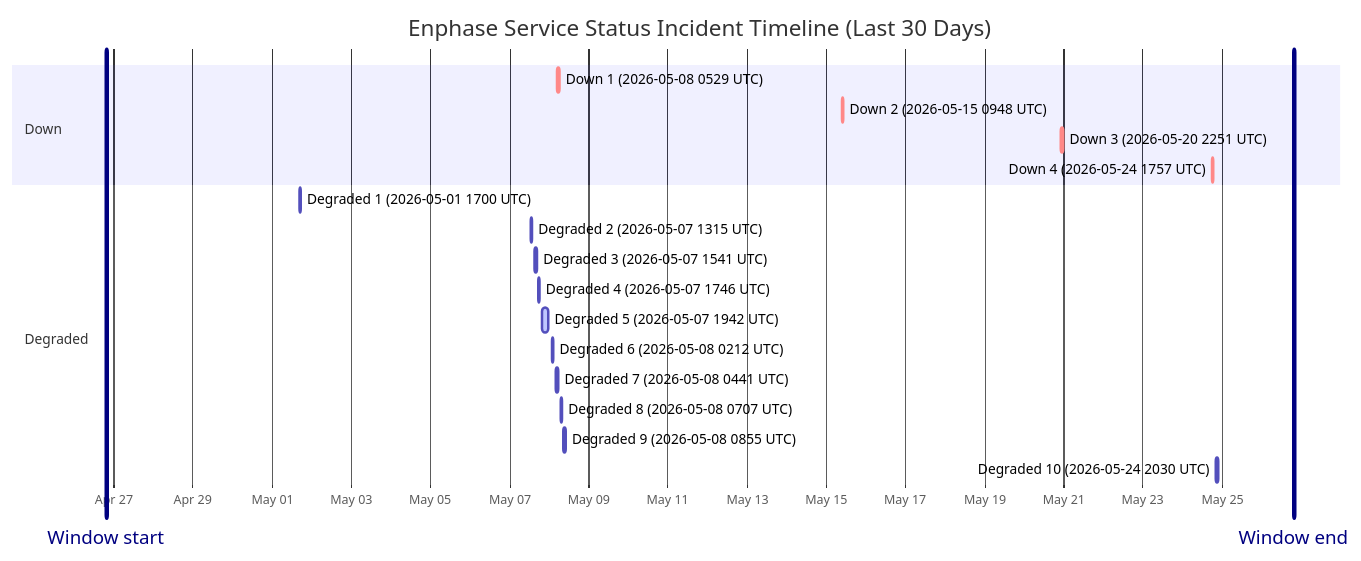
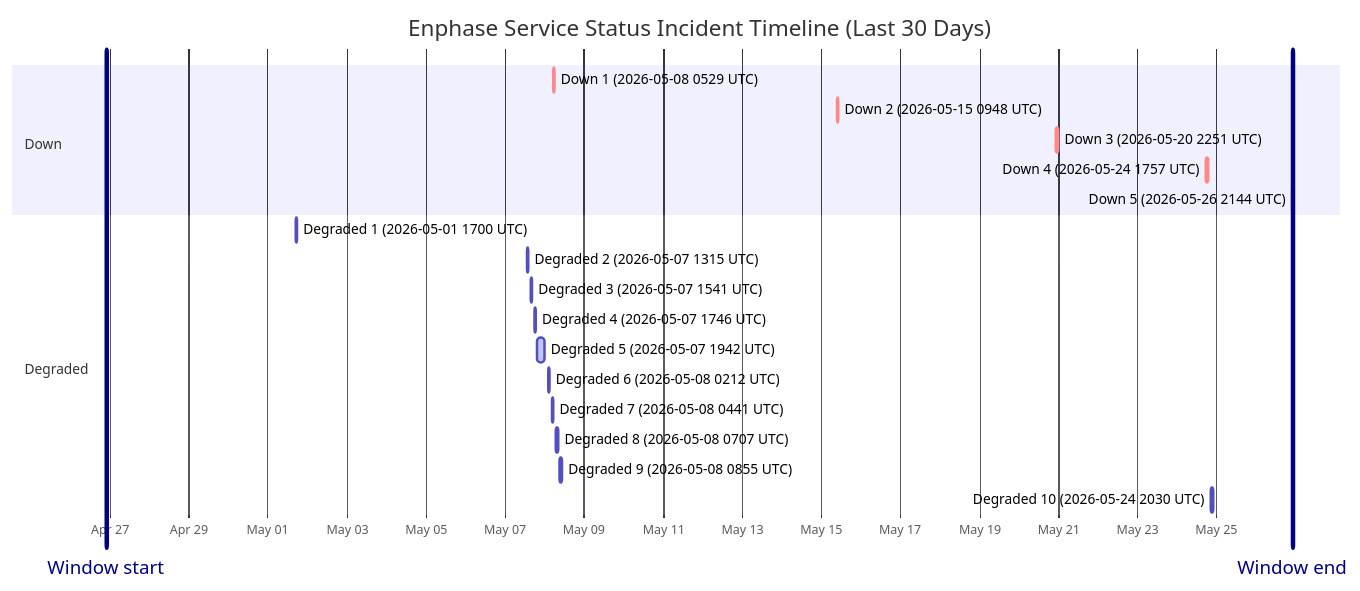
One commit to barneyonline/ha-enphase-ev-charger changed the diagram in wiki/Service-Status-History.md. Above: the diagram before and after it, drawn with Mermaid. The commit also changed other lines of this file and 5 other files, not shown here.

````diff
--- a/wiki/Service-Status-History.md
+++ b/wiki/Service-Status-History.md
@@ -14,24 +14,25 @@
 ```mermaid
 gantt
     title Enphase Service Status Incident Timeline (Last 30 Days)
     dateFormat  YYYY-MM-DDTHH:mm:ss
     axisFormat  %b %d
-    Window start :vert, window-start, 2026-04-26T19:33:24, 0ms
-    Window end :vert, window-end, 2026-05-26T19:33:24, 0ms
+    Window start :vert, window-start, 2026-04-26T21:44:11, 0ms
+    Window end :vert, window-end, 2026-05-26T21:44:11, 0ms
     section Down
     Down 1 (2026-05-08 0529 UTC) :crit, down-1, 2026-05-08T05:29:47, 60m
     Down 2 (2026-05-15 0948 UTC) :crit, down-2, 2026-05-15T09:48:18, 60m
     Down 3 (2026-05-20 2251 UTC) :crit, down-3, 2026-05-20T22:51:14, 75m
     Down 4 (2026-05-24 1757 UTC) :crit, down-4, 2026-05-24T17:57:41, 86m
+    Down 5 (2026-05-26 2144 UTC) :crit, down-5, 2026-05-26T21:44:11, 60m
     section Degraded
     Degraded 1 (2026-05-01 1700 UTC) :active, degraded-1, 2026-05-01T17:00:22, 60m
     Degraded 2 (2026-05-07 1315 UTC) :active, degraded-2, 2026-05-07T13:15:25, 60m
     Degraded 3 (2026-05-07 1541 UTC) :active, degraded-3, 2026-05-07T15:41:58, 60m
     Degraded 4 (2026-05-07 1746 UTC) :active, degraded-4, 2026-05-07T17:46:51, 60m
     Degraded 5 (2026-05-07 1942 UTC) :active, degraded-5, 2026-05-07T19:42:10, 249m
     Degraded 6 (2026-05-08 0212 UTC) :active, degraded-6, 2026-05-08T02:12:39, 60m
     Degraded 7 (2026-05-08 0441 UTC) :active, degraded-7, 2026-05-08T04:41:46, 60m
     Degraded 8 (2026-05-08 0707 UTC) :active, degraded-8, 2026-05-08T07:07:30, 60m
     Degraded 9 (2026-05-08 0855 UTC) :active, degraded-9, 2026-05-08T08:55:20, 88m
     Degraded 10 (2026-05-24 2030 UTC) :active, degraded-10, 2026-05-24T20:30:57, 84m
 ```
````
